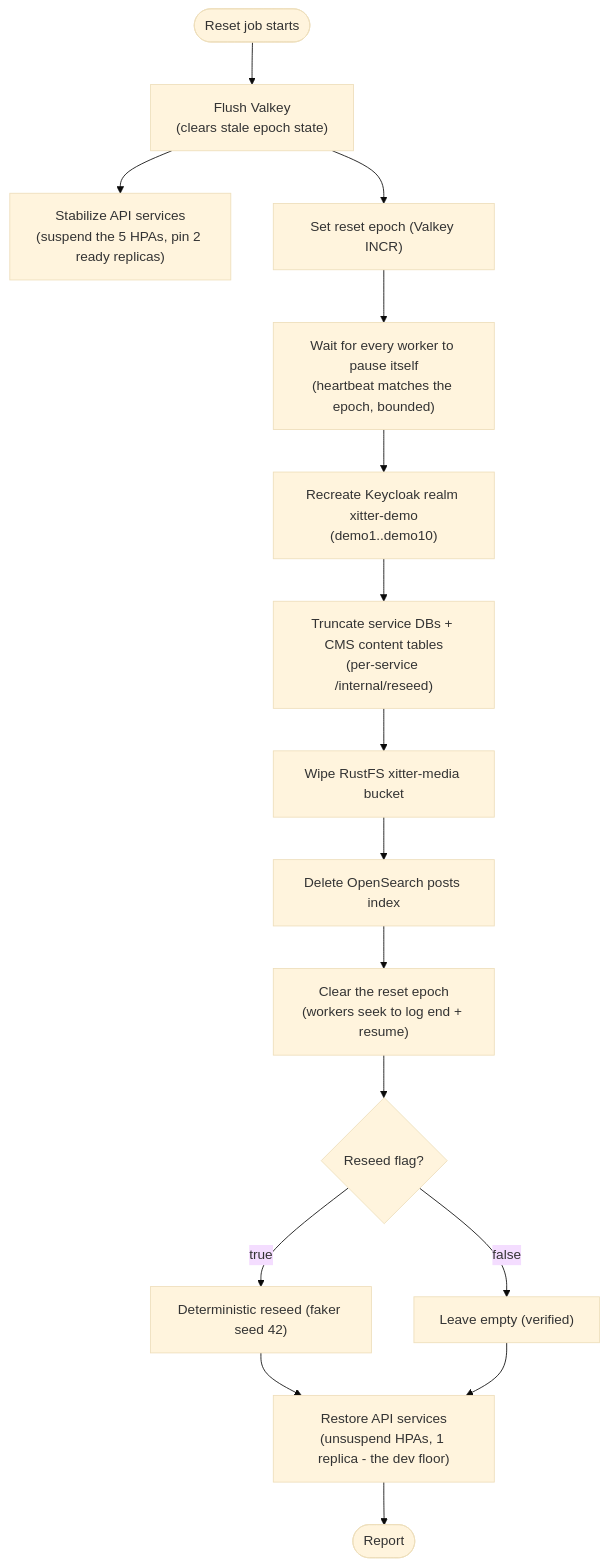
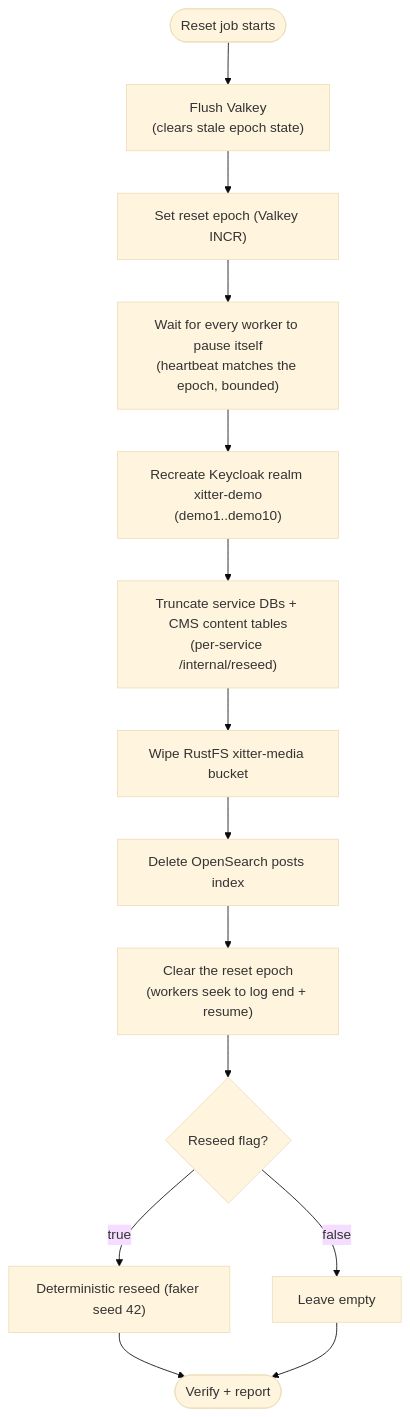
The diagram in docs/specs/operations/02-data-reset.md (jdc-projects/xitter), drawn with Mermaid (base theme) before and after one commit. The commit also changed other lines of this file and 10 other files, not shown here.

First line of the commit message:
revert(iac,scripts): remove #99's HPA freeze - reset returns to pure-API, HPAs stay (#102)

````diff
--- a/docs/specs/operations/02-data-reset.md
+++ b/docs/specs/operations/02-data-reset.md
@@ -61,18 +62,16 @@
 ```mermaid
 flowchart TD
   S(["Reset job starts"]) --> FL["Flush Valkey\n(clears stale epoch state)"]
-  FL --> ST["Stabilize API services\n(suspend the 5 HPAs, pin 2 ready replicas)"]
   FL --> EP["Set reset epoch (Valkey INCR)"]
   EP --> P["Wait for every worker to pause itself\n(heartbeat matches the epoch, bounded)"]
   P --> C["Recreate Keycloak realm xitter-demo\n(demo1..demo10)"]
   C --> T["Truncate service DBs + CMS content tables\n(per-service /internal/reseed)"]
   T --> M["Wipe RustFS xitter-media bucket"]
   M --> O["Delete OpenSearch posts index"]
   O --> K["Clear the reset epoch\n(workers seek to log end + resume)"]
   K --> R{Reseed flag?}
   R -->|true| D["Deterministic reseed (faker seed 42)"]
-  R -->|false| L["Leave empty (verified)"]
-  D --> RS["Restore API services\n(unsuspend HPAs, 1 replica - the dev floor)"]
-  L --> RS
-  RS --> V(["Report"])
+  R -->|false| L["Leave empty"]
+  D --> V(["Verify + report"])
+  L --> V
 ```
````
